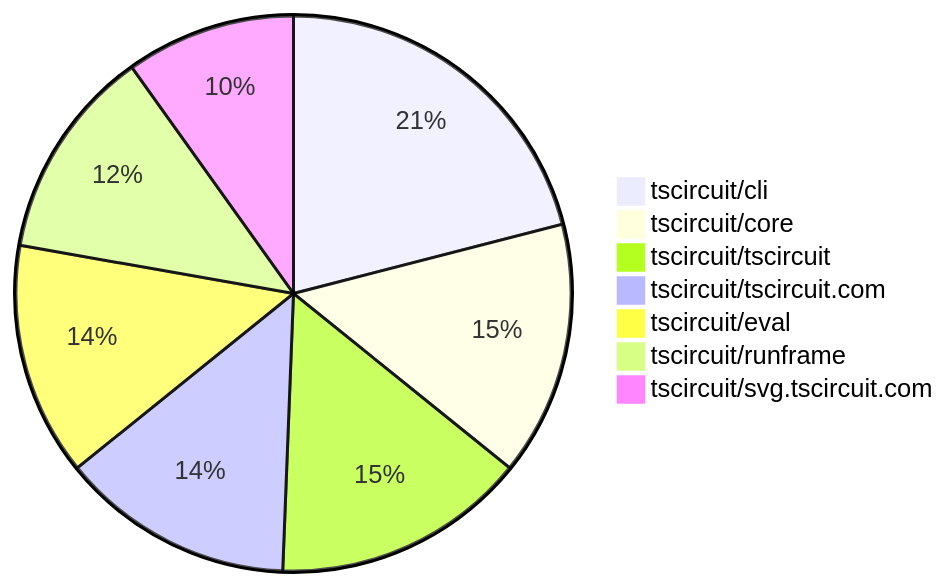
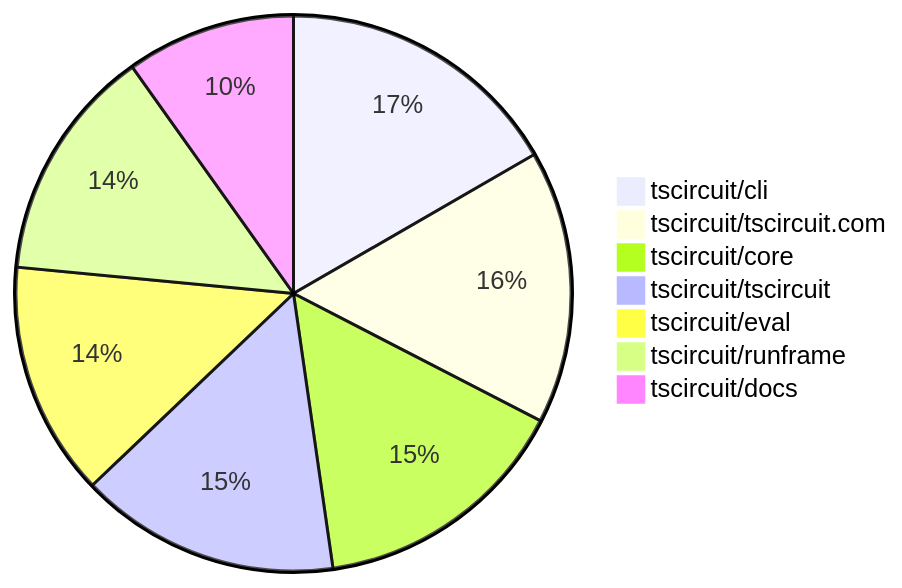
Before and after one commit to tscircuit/contribution-tracker: the second of 2 diagrams in README.md, drawn with Mermaid. The commit also changed other lines of this file and 3 other files, not shown here.

````diff
--- a/README.md
+++ b/README.md
@@ -111,10 +123,10 @@
 ```mermaid
 pie
-    "tscircuit/cli" : 17
-    "tscircuit/core" : 12
-    "tscircuit/tscircuit" : 12
-    "tscircuit/tscircuit.com" : 11
-    "tscircuit/eval" : 11
-    "tscircuit/runframe" : 10
-    "tscircuit/svg.tscircuit.com" : 8
+    "tscircuit/cli" : 22
+    "tscircuit/tscircuit.com" : 21
+    "tscircuit/core" : 20
+    "tscircuit/tscircuit" : 20
+    "tscircuit/eval" : 18
+    "tscircuit/runframe" : 18
+    "tscircuit/docs" : 13
 ```
````
